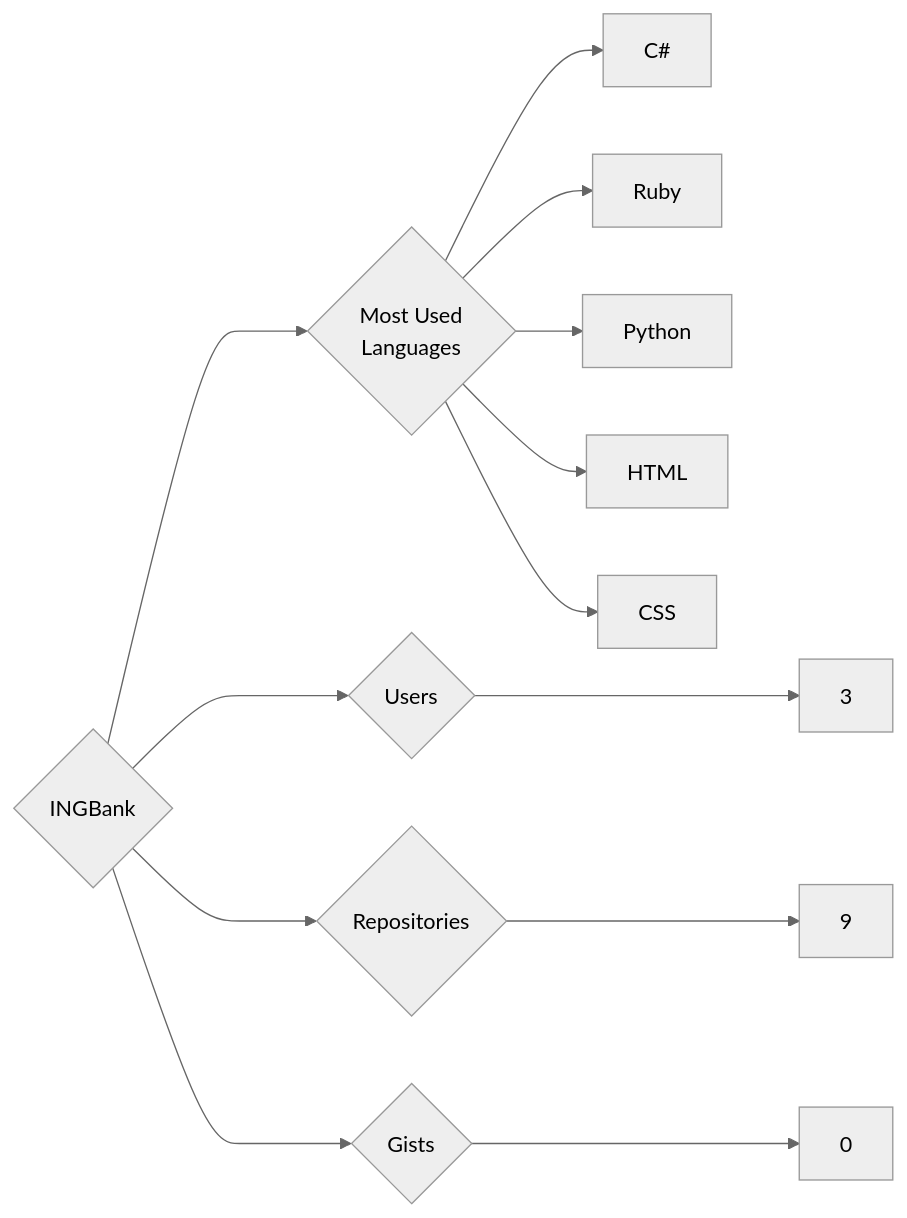
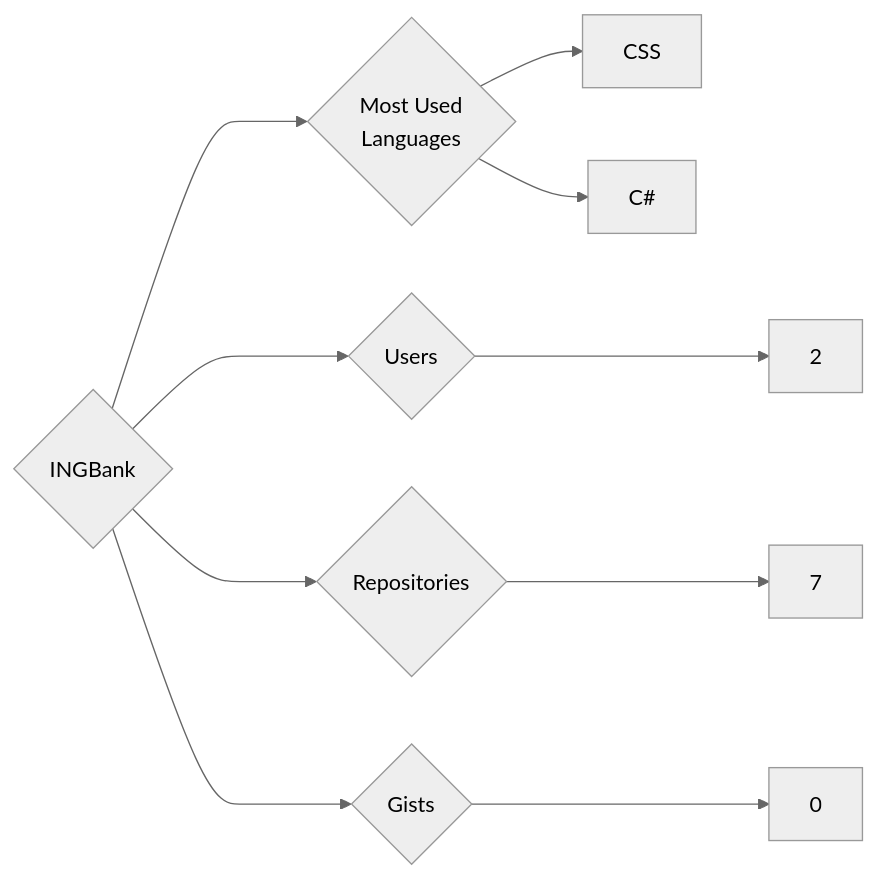
Before and after one commit to trickest/insiders: the diagram in targets/INGBank/README.md, drawn with Mermaid (neutral theme). The commit also changed 682 other files, not shown here.

````diff
--- a/targets/INGBank/README.md
+++ b/targets/INGBank/README.md
@@ -3,13 +3,10 @@
 ```mermaid
 graph LR
 COMPANY_NAME{INGBank}
-COMPANY_NAME ---> U{Users} ---> UN[3]
-COMPANY_NAME ---> R{Repositories} ---> RN[9]
+COMPANY_NAME ---> U{Users} ---> UN[2]
+COMPANY_NAME ---> R{Repositories} ---> RN[7]
 COMPANY_NAME ---> G{Gists} ---> GN[0]
 COMPANY_NAME ---> ML{Most Used<br>Languages}
+ML --> CSS[CSS]
 ML --> C#[C#]
-ML --> Ruby[Ruby]
-ML --> Python[Python]
-ML --> HTML[HTML]
-ML --> CSS[CSS]
 ```
````
